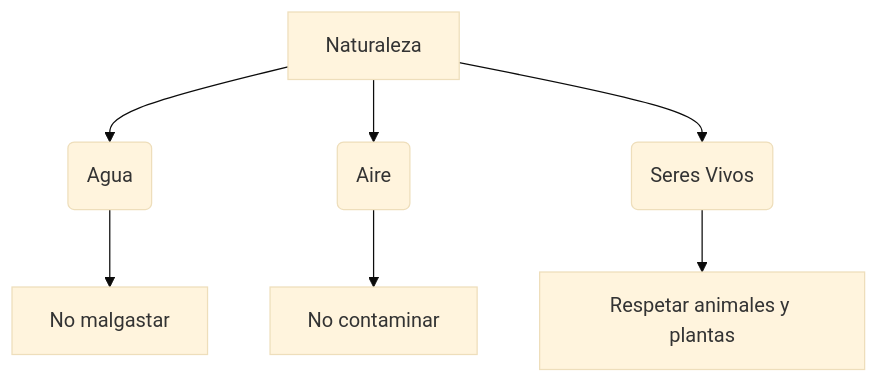
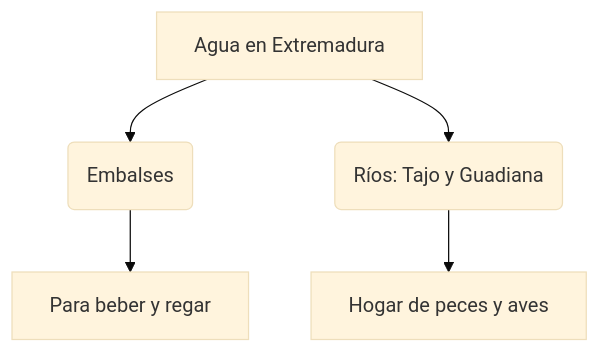
Before and after one commit to aalvarezg06/Ense-anzaONLINE: the first of 2 diagrams in docs/2pri/ut09-protegemos-la-naturaleza/teoria.md, drawn with Mermaid (base theme). The commit also changed other lines of this file and 8 other files, not shown here.

````diff
--- a/docs/2pri/ut09-protegemos-la-naturaleza/teoria.md
+++ b/docs/2pri/ut09-protegemos-la-naturaleza/teoria.md
@@ -17,9 +19,7 @@
 ```mermaid
 graph TD
-    A[Naturaleza] --> B(Agua)
-    A --> C(Aire)
-    A --> D(Seres Vivos)
-    B --> E[No malgastar]
-    C --> F[No contaminar]
-    D --> G[Respetar animales y plantas]
+    A[Agua en Extremadura] --> B(Embalses)
+    A --> C(Ríos: Tajo y Guadiana)
+    B --> D[Para beber y regar]
+    C --> E[Hogar de peces y aves]
 ```
````
